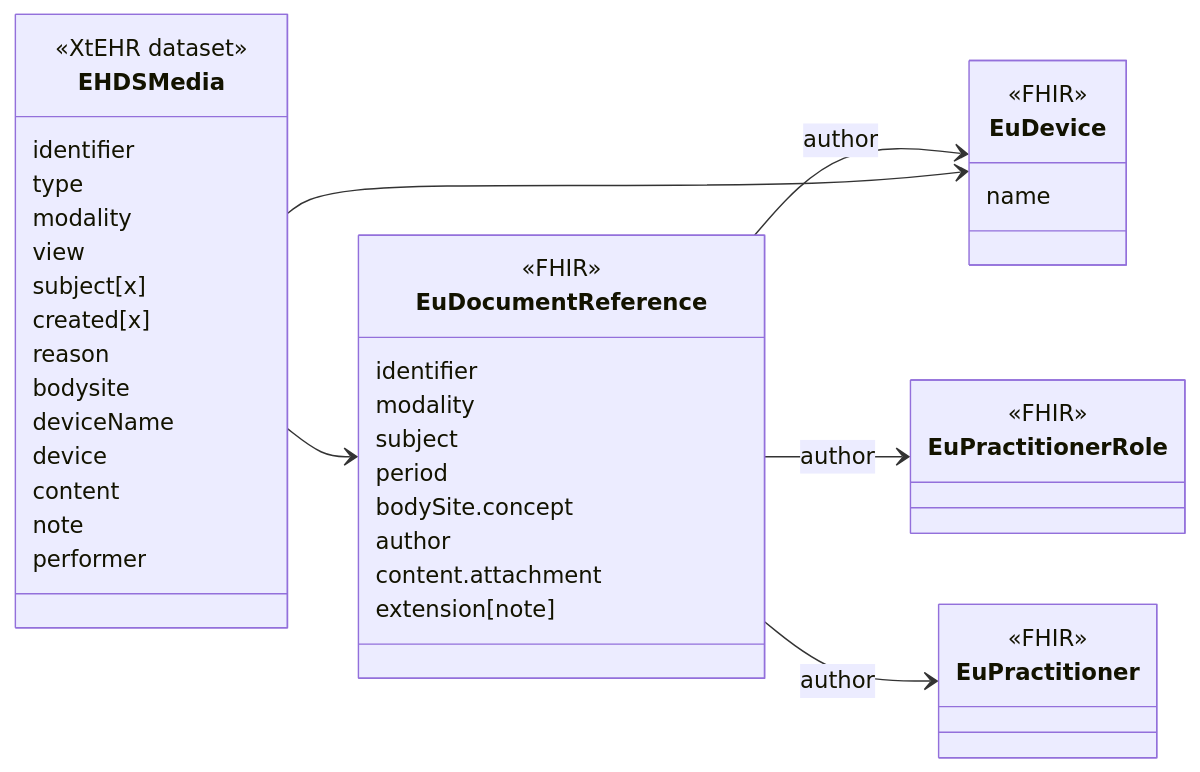
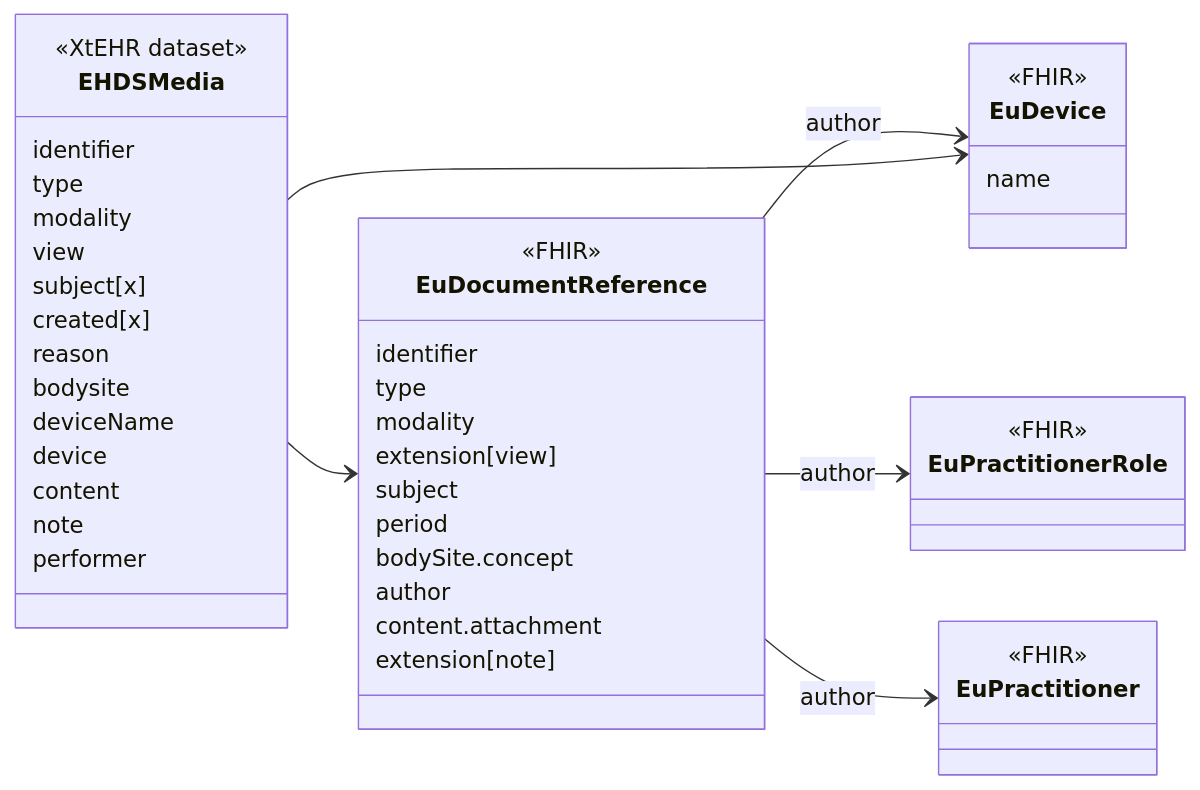
One commit to oijauregui/ehdsimaging changed the diagram in input/intro-notes/ConceptMap-EHDSMediaMap-intro.md. Above: the diagram before and after it, drawn with Mermaid. The commit also changed 22 other files, not shown here.

````diff
--- a/input/intro-notes/ConceptMap-EHDSMediaMap-intro.md
+++ b/input/intro-notes/ConceptMap-EHDSMediaMap-intro.md
@@ -5,52 +5,54 @@
 ```mermaid
 classDiagram
 direction LR
 class EHDSMedia {
   <<XtEHR dataset>>
   identifier
   type
   modality
   view
   subject[x]
   created[x]
   reason
   bodysite
   deviceName
   device
   content
   note
   performer
 }
 link EHDSMedia "https://build.fhir.org/ig/Xt-EHR/xt-ehr-common/StructureDefinition-EHDSMedia.html"
 class EuDocumentReference{
   <<FHIR>>
   identifier
+  type
   modality
+  extension[view]
   subject
   period
   bodySite.concept
   author
   content.attachment
   extension[note]
 }
 
 class EuDevice{
   <<FHIR>>
   name
 }
 
 class EuDevice {
   <<FHIR>>
 }
 class EuPractitionerRole {
   <<FHIR>>
 }
 class  EuPractitioner {
   <<FHIR>>
 }
 EHDSMedia --> EuDocumentReference
 EuDocumentReference --> EuDevice : author
 EuDocumentReference --> EuPractitionerRole : author
 EuDocumentReference -->  EuPractitioner : author
 EHDSMedia --> EuDevice
 ```
````
